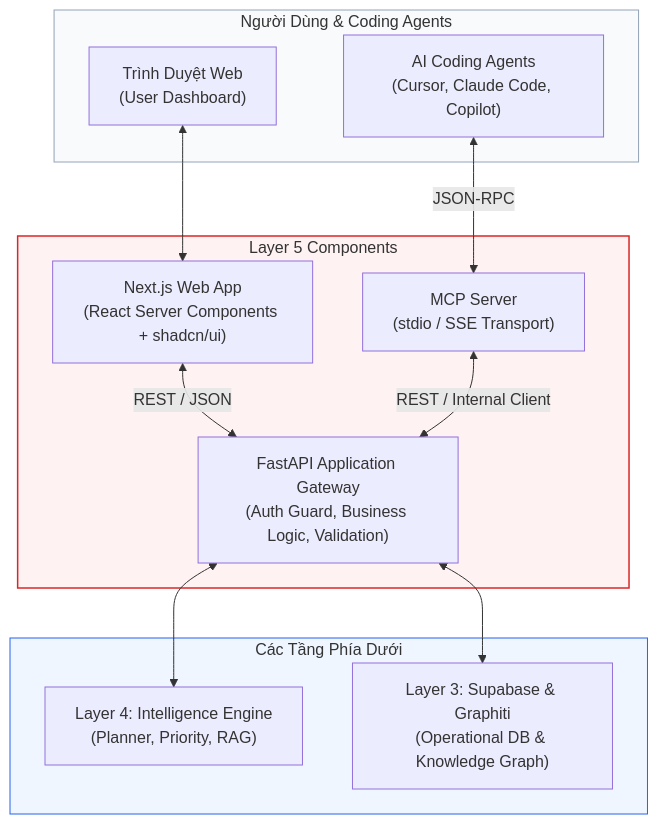
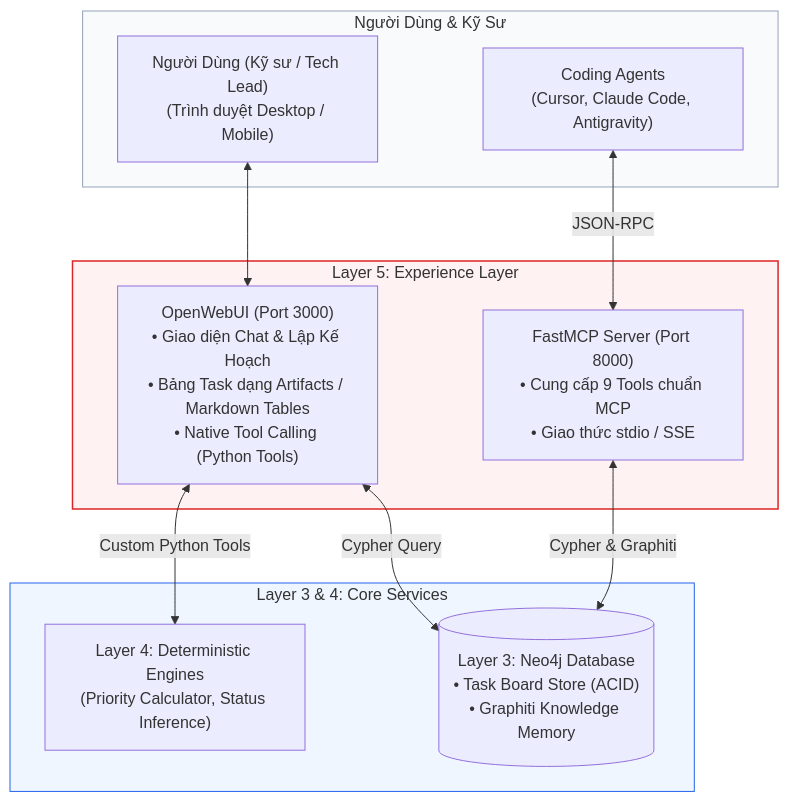
One commit to nxc1802/Personal_Task_Board changed the diagram in docs/layers/layer-5-experience.md. Above: the diagram before and after it, drawn with Mermaid. The commit also changed other lines of this file and 8 other files, not shown here.

First line of the commit message:
docs: re-architect project to Lean Local-First edition

````diff
--- a/docs/layers/layer-5-experience.md
+++ b/docs/layers/layer-5-experience.md
@@ -14,31 +17,28 @@
 ```mermaid
 flowchart TB
-    subgraph Consumers ["Người Dùng & Coding Agents"]
-        BROWSER["Trình Duyệt Web<br/>(User Dashboard)"]
-        CODING_AGENTS["AI Coding Agents<br/>(Cursor, Claude Code, Copilot)"]
+    subgraph UsersAndAgents ["Người Dùng & Kỹ Sư"]
+        USER["Người Dùng (Kỹ sư / Tech Lead)<br/>(Trình duyệt Desktop / Mobile)"]
+        CODING_AGENTS["Coding Agents<br/>(Cursor, Claude Code, Antigravity)"]
     end
 
-    subgraph Layer5 ["Layer 5 Components"]
-        WEB_APP["Next.js Web App<br/>(React Server Components + shadcn/ui)"]
-        MCP_SRV["MCP Server<br/>(stdio / SSE Transport)"]
-        FASTAPI["FastAPI Application Gateway<br/>(Auth Guard, Business Logic, Validation)"]
-
-        WEB_APP <-->|"REST / JSON"| FASTAPI
-        CODING_AGENTS <-->|"JSON-RPC"| MCP_SRV
-        MCP_SRV <-->|"REST / Internal Client"| FASTAPI
+    subgraph Layer5Components ["Layer 5: Experience Layer"]
+        OWUI["OpenWebUI (Port 3000)<br/>• Giao diện Chat & Lập Kế Hoạch<br/>• Bảng Task dạng Artifacts / Markdown Tables<br/>• Native Tool Calling (Python Tools)"]
+        FASTMCP["FastMCP Server (Port 8000)<br/>• Cung cấp 9 Tools chuẩn MCP<br/>• Giao thức stdio / SSE"]
     end
 
-    subgraph Downstream ["Các Tầng Phía Dưới"]
-        L4_INTEL["Layer 4: Intelligence Engine<br/>(Planner, Priority, RAG)"]
-        L3_STORE["Layer 3: Supabase & Graphiti<br/>(Operational DB & Knowledge Graph)"]
-
-        FASTAPI <--> L4_INTEL
-        FASTAPI <--> L3_STORE
+    subgraph CoreBackend ["Layer 3 & 4: Core Services"]
+        INTEL["Layer 4: Deterministic Engines<br/>(Priority Calculator, Status Inference)"]
+        NEO4J[("Layer 3: Neo4j Database<br/>• Task Board Store (ACID)<br/>• Graphiti Knowledge Memory")]
     end
 
-    BROWSER <--> WEB_APP
+    USER <--> OWUI
+    CODING_AGENTS <-->|"JSON-RPC"| FASTMCP
 
-    style Consumers fill:#F8FAFC,stroke:#94A3B8
-    style Layer5 fill:#FEF2F2,stroke:#DC2626,stroke-width:1.5px
-    style Downstream fill:#EFF6FF,stroke:#2563EB
+    OWUI <-->|"Custom Python Tools"| INTEL
+    OWUI <-->|"Cypher Query"| NEO4J
+    FASTMCP <-->|"Cypher & Graphiti"| NEO4J
+
+    style UsersAndAgents fill:#F8FAFC,stroke:#94A3B8
+    style Layer5Components fill:#FEF2F2,stroke:#DC2626,stroke-width:1.5px
+    style CoreBackend fill:#EFF6FF,stroke:#2563EB
 ```
````
